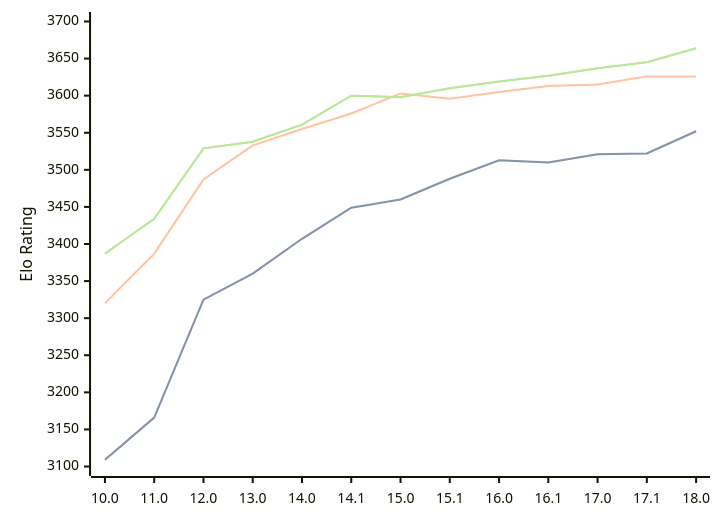
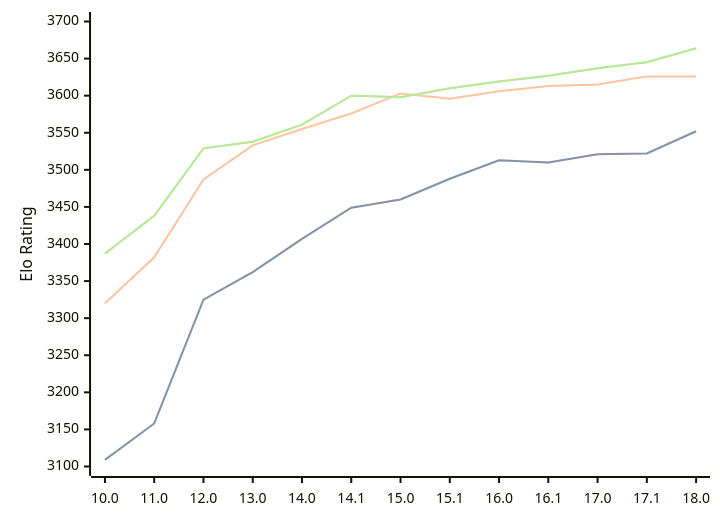
The diagram in engines/Stockfish.md (computer-chess-index/cci), drawn with Mermaid before and after one commit. The commit also changed other lines of this file, not shown here.

Commit message:
Update CCI Ratings (ELO VLTC) - 2026-02-22

````diff
--- a/engines/Stockfish.md
+++ b/engines/Stockfish.md
@@ -42,11 +42,11 @@
 ```mermaid
 %%{init: {"theme":"base","themeVariables":{"seriesColors:['#a3a3a3','#222221','#faa371']}}}%%
 xychart-beta
   x-axis ["10.0", "11.0", "12.0", "13.0", "14.0", "14.1", "15.0", "15.1", "16.0", "16.1", "17.0", "17.1", "18.0"]
   y-axis "Elo Rating" 3100 --> 3700
-  line "STC (8.0+0.08s)" [3109, 3166, 3325, 3360, 3407, 3449, 3460, 3488, 3513, 3510, 3521, 3522, 3552]
-  line "STC (8.0+0.08s)" [3109, 3166, 3325, 3360, 3407, 3449, 3460, 3488, 3513, 3510, 3521, 3522, 3552]
-  line "LTC (60.0+0.60s)" [3320, 3387, 3487, 3533, 3555, 3576, 3603, 3596, 3605, 3613, 3615, 3626, 3626]
-  line "VLTC (2m24s+1.12s)" [3387, 3434, 3529, 3538, 3561, 3600, 3598, 3610, 3619, 3627, 3637, 3645, 3664]
-  line "VLTC (2m24s+1.12s)" [3387, 3434, 3529, 3538, 3561, 3600, 3598, 3610, 3619, 3627, 3637, 3645, 3664]
+  line "STC (8.0+0.08s)" [3109, 3158, 3325, 3362, 3407, 3449, 3460, 3488, 3513, 3510, 3521, 3522, 3552]
+  line "STC (8.0+0.08s)" [3109, 3158, 3325, 3362, 3407, 3449, 3460, 3488, 3513, 3510, 3521, 3522, 3552]
+  line "LTC (60.0+0.60s)" [3320, 3382, 3487, 3533, 3555, 3576, 3603, 3596, 3606, 3613, 3615, 3626, 3626]
+  line "VLTC (2m24s+1.12s)" [3387, 3438, 3529, 3538, 3561, 3600, 3598, 3610, 3619, 3627, 3637, 3645, 3664]
+  line "VLTC (2m24s+1.12s)" [3387, 3438, 3529, 3538, 3561, 3600, 3598, 3610, 3619, 3627, 3637, 3645, 3664]
 ```
````
